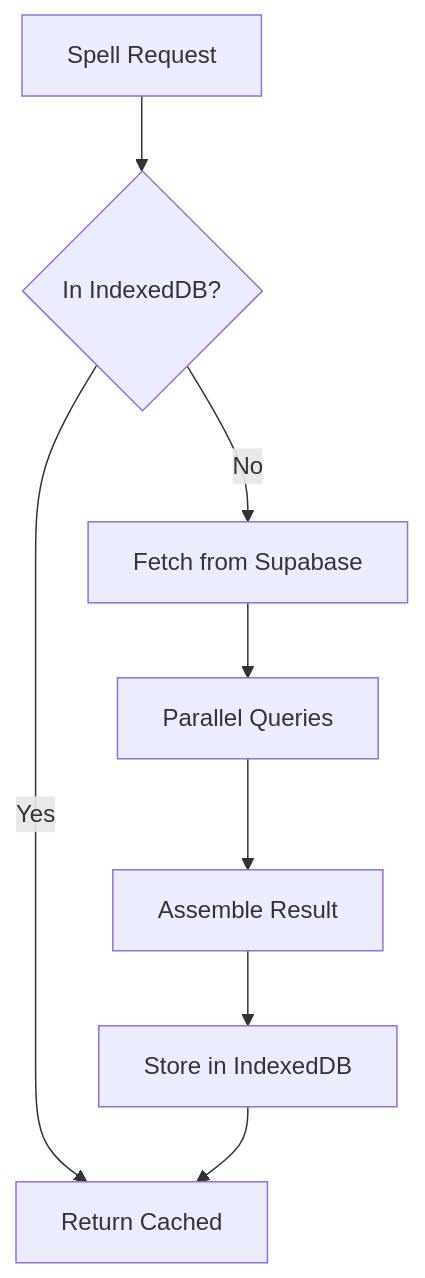
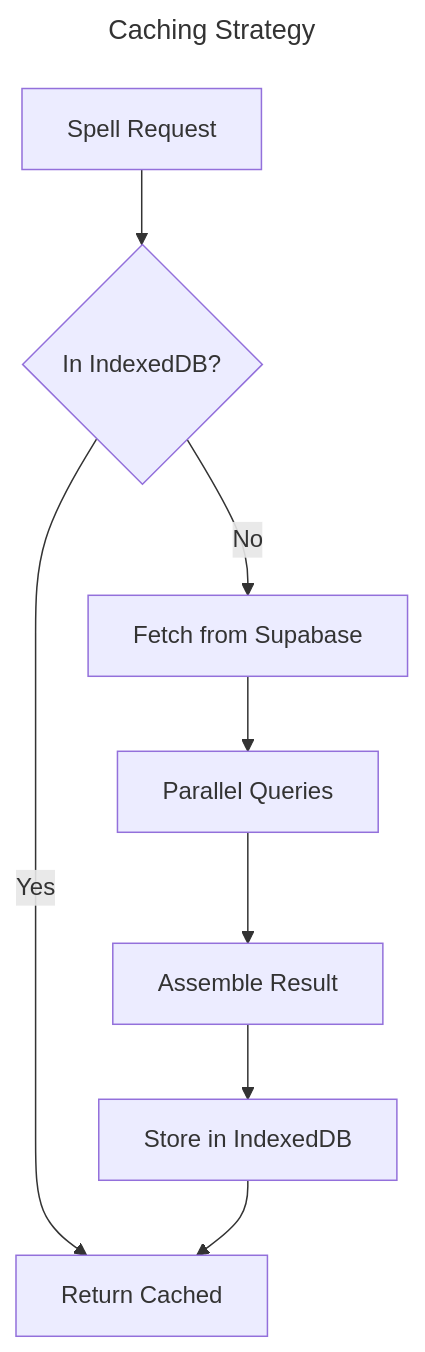
One commit to legacy3/wowlab changed the fifth of 5 diagrams in apps/portal-new/src/content/docs/reference/01-data-model.md. Above: the diagram before and after it, drawn with Mermaid. The commit also changed other lines of this file and 19 other files, not shown here.

````diff
--- a/apps/portal-new/src/content/docs/reference/01-data-model.md
+++ b/apps/portal-new/src/content/docs/reference/01-data-model.md
@@ -121,10 +133,13 @@
 ```mermaid
+---
+title: Caching Strategy
+---
 flowchart TD
     Request["Spell Request"] --> Cache{"In IndexedDB?"}
     Cache -->|Yes| Return["Return Cached"]
     Cache -->|No| Fetch["Fetch from Supabase"]
     Fetch --> Parallel["Parallel Queries"]
     Parallel --> Assemble["Assemble Result"]
     Assemble --> Store["Store in IndexedDB"]
     Store --> Return
 ```
````
